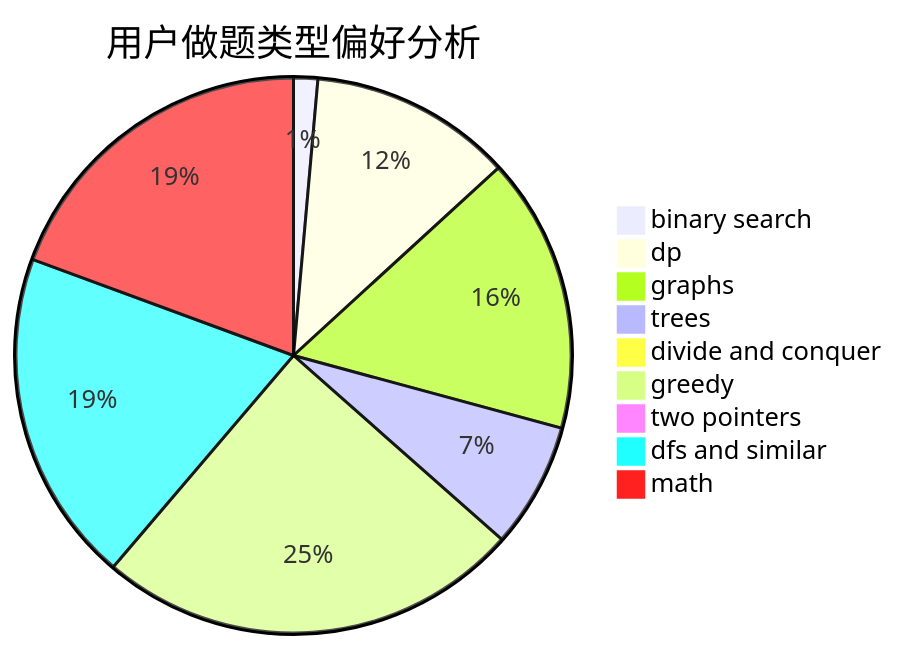
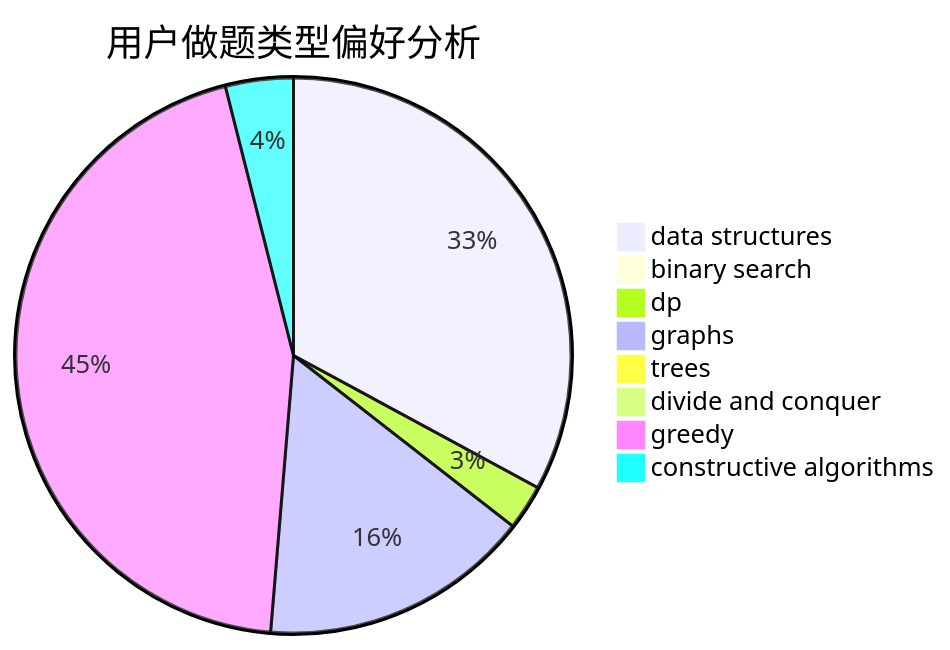
One commit to sherpahu/cfrs.github.io changed the second of 3 diagrams in docs/user/u1770.md. Above: the diagram before and after it, drawn with Mermaid. The commit also changed other lines of this file and 2775 other files, not shown here.

````diff
--- a/docs/user/u1770.md
+++ b/docs/user/u1770.md
@@ -23,12 +23,11 @@
 ```mermaid
 pie title 用户做题类型偏好分析
-    "binary search" :  5
-    "dp" :  42
-    "graphs" :  57
-    "trees" :  26
+    "data structures" :  25
+    "binary search" :  0
+    "dp" :  2
+    "graphs" :  12
+    "trees" :  0
     "divide and conquer" :  0
-    "greedy" :  88
-    "two pointers" :  0
-    "dfs and similar" :  69
-    "math" :  69
+    "greedy" :  34
+    "constructive algorithms" :  3
 ```
````
